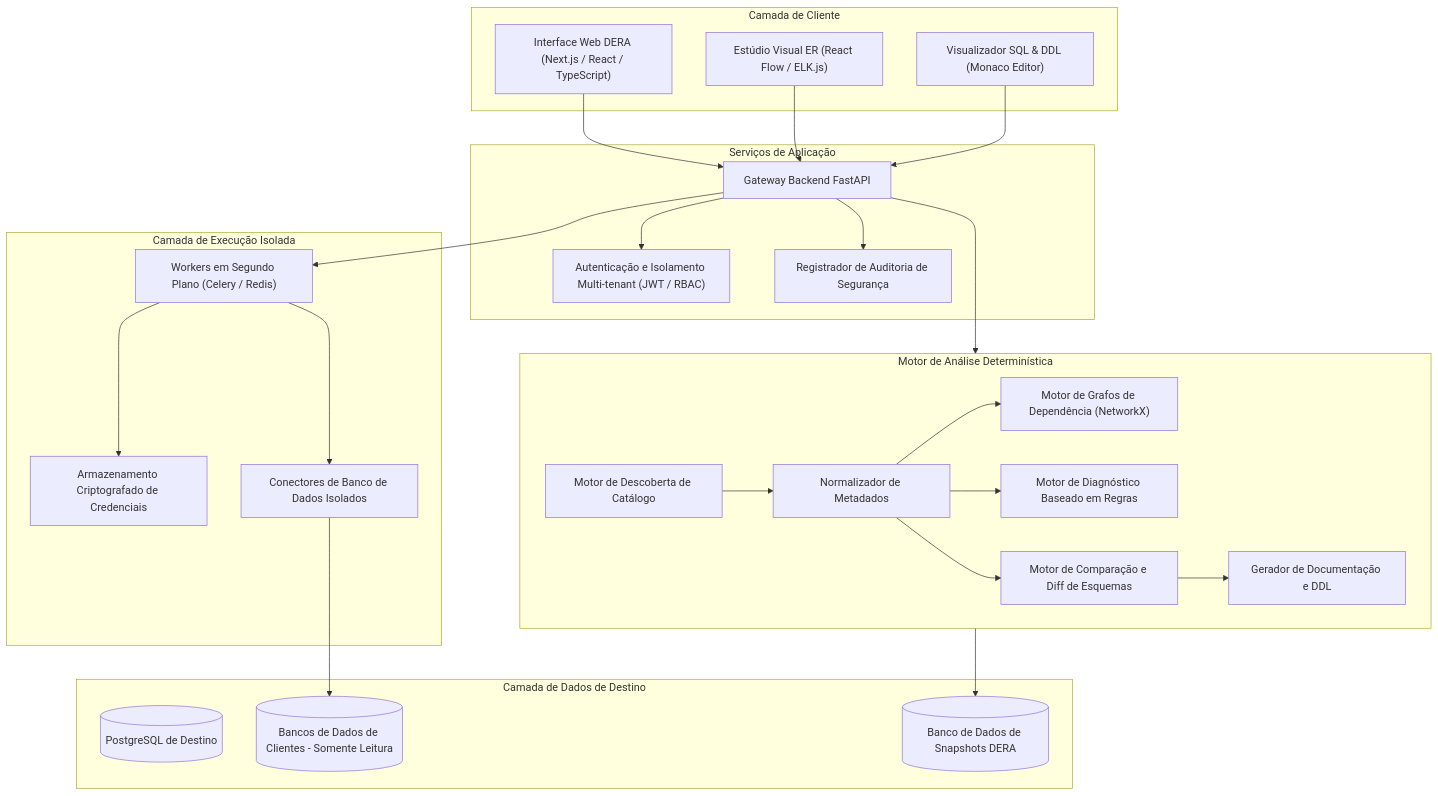
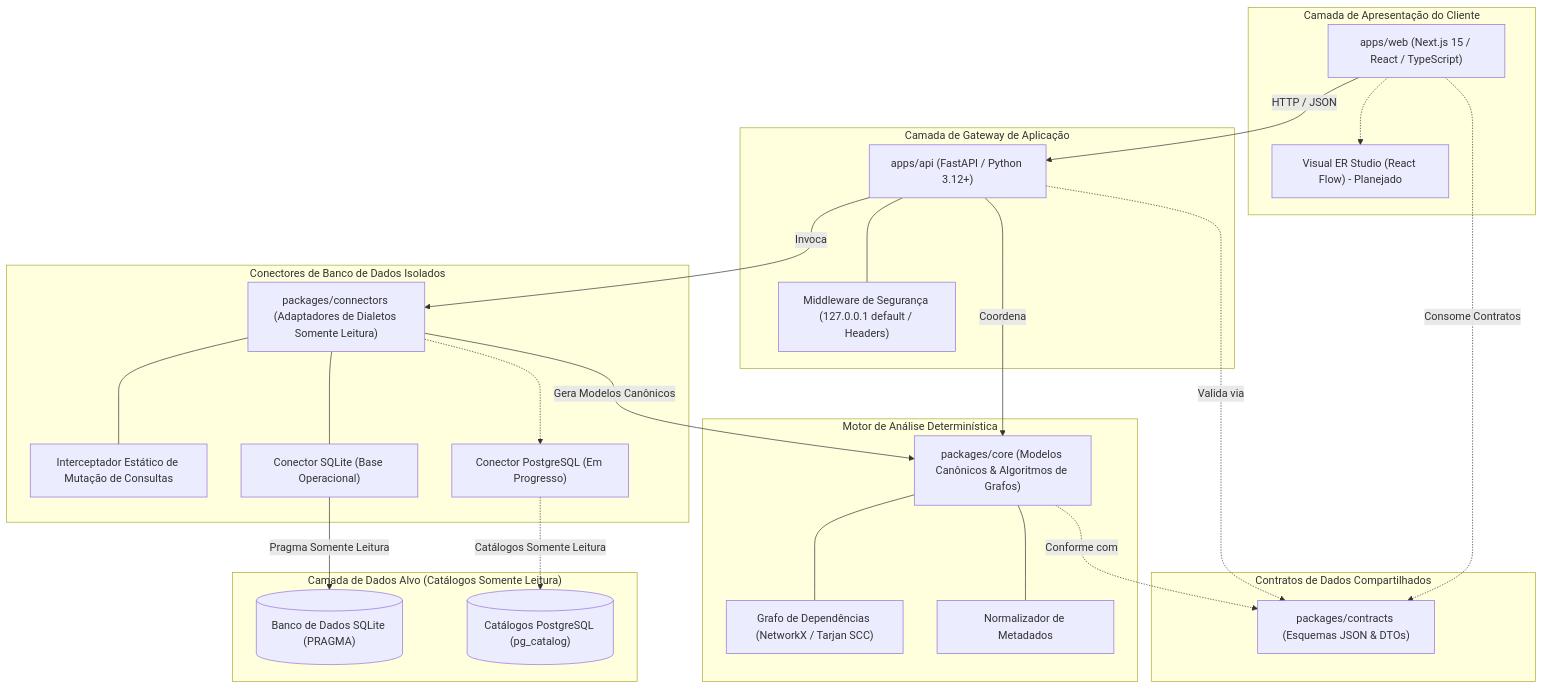
Before and after one commit to krishanth7/dera: the diagram in docs/i18n/README.pt.md, drawn with Mermaid. The commit also changed other lines of this file and 4 other files, not shown here.

````diff
--- a/docs/i18n/README.pt.md
+++ b/docs/i18n/README.pt.md
@@ -200,52 +148,51 @@
 ```mermaid
 flowchart TD
-    subgraph Client["Camada de Cliente"]
-        UI["Interface Web DERA (Next.js / React / TypeScript)"]
-        ERD["Estúdio Visual ER (React Flow / ELK.js)"]
-        Monaco["Visualizador SQL & DDL (Monaco Editor)"]
+    subgraph Client_Tier["Camada de Apresentação do Cliente"]
+        WEB["apps/web (Next.js 15 / React / TypeScript)"]
+        STUDIO["Visual ER Studio (React Flow) - Planejado"]
+        WEB -.-> STUDIO
     end
 
-    subgraph Gateway["Serviços de Aplicação"]
-        API["Gateway Backend FastAPI"]
-        Auth["Autenticação e Isolamento Multi-tenant (JWT / RBAC)"]
-        Audit["Registrador de Auditoria de Segurança"]
+    subgraph API_Tier["Camada de Gateway de Aplicação"]
+        API["apps/api (FastAPI / Python 3.12+)"]
+        MW["Middleware de Segurança (127.0.0.1 default / Headers)"]
+        API --- MW
     end
 
-    subgraph Core["Motor de Análise Determinística"]
-        Discovery["Motor de Descoberta de Catálogo"]
-        Normalizer["Normalizador de Metadados"]
-        GraphEngine["Motor de Grafos de Dependência (NetworkX)"]
-        DiagEngine["Motor de Diagnóstico Baseado em Regras"]
-        DiffEngine["Motor de Comparação e Diff de Esquemas"]
-        ExportEngine["Gerador de Documentação e DDL"]
+    subgraph Contracts_Tier["Contratos de Dados Compartilhados"]
+        CONTRACTS["packages/contracts (Esquemas JSON & DTOs)"]
     end
 
-    subgraph Worker["Camada de Execução Isolada"]
-        Celery["Workers em Segundo Plano (Celery / Redis)"]
-        Vault["Armazenamento Criptografado de Credenciais"]
-        Connectors["Conectores de Banco de Dados Isolados"]
+    subgraph Core_Tier["Motor de Análise Determinística"]
+        CORE["packages/core (Modelos Canônicos & Algoritmos de Grafos)"]
+        DAG["Grafo de Dependências (NetworkX / Tarjan SCC)"]
+        NORM["Normalizador de Metadados"]
+        CORE --- DAG
+        CORE --- NORM
     end
 
-    subgraph Databases["Camada de Dados de Destino"]
-        PG[(PostgreSQL de Destino)]
-        CustomerDB[(Bancos de Dados de Clientes - Somente Leitura)]
-        Storage[(Banco de Dados de Snapshots DERA)]
+    subgraph Connectors_Tier["Conectores de Banco de Dados Isolados"]
+        CONN["packages/connectors (Adaptadores de Dialetos Somente Leitura)"]
+        GUARD["Interceptador Estático de Mutação de Consultas"]
+        SQLITE["Conector SQLite (Base Operacional)"]
+        PG["Conector PostgreSQL (Em Progresso)"]
+        CONN --- GUARD
+        CONN --- SQLITE
+        CONN -.-> PG
     end
 
-    UI --> API
-    ERD --> API
-    Monaco --> API
-    API --> Auth
-    API --> Audit
-    API --> Core
-    API --> Celery
-    Celery --> Vault
-    Celery --> Connectors
-    Connectors --> CustomerDB
-    Core --> Storage
-    Discovery --> Normalizer
-    Normalizer --> GraphEngine
-    Normalizer --> DiagEngine
-    Normalizer --> DiffEngine
-    DiffEngine --> ExportEngine
+    subgraph Target_DBs["Camada de Dados Alvo (Catálogos Somente Leitura)"]
+        TARGET_SQLITE[("Banco de Dados SQLite (PRAGMA)")]
+        TARGET_PG[("Catálogos PostgreSQL (pg_catalog)")]
+    end
+
+    WEB -->|HTTP / JSON| API
+    WEB -.->|Consome Contratos| CONTRACTS
+    API -->|Coordena| CORE
+    API -->|Invoca| CONN
+    API -.->|Valida via| CONTRACTS
+    CORE -.->|Conforme com| CONTRACTS
+    CONN -->|Gera Modelos Canônicos| CORE
+    SQLITE -->|Pragma Somente Leitura| TARGET_SQLITE
+    PG -.->|Catálogos Somente Leitura| TARGET_PG
 ```
````
